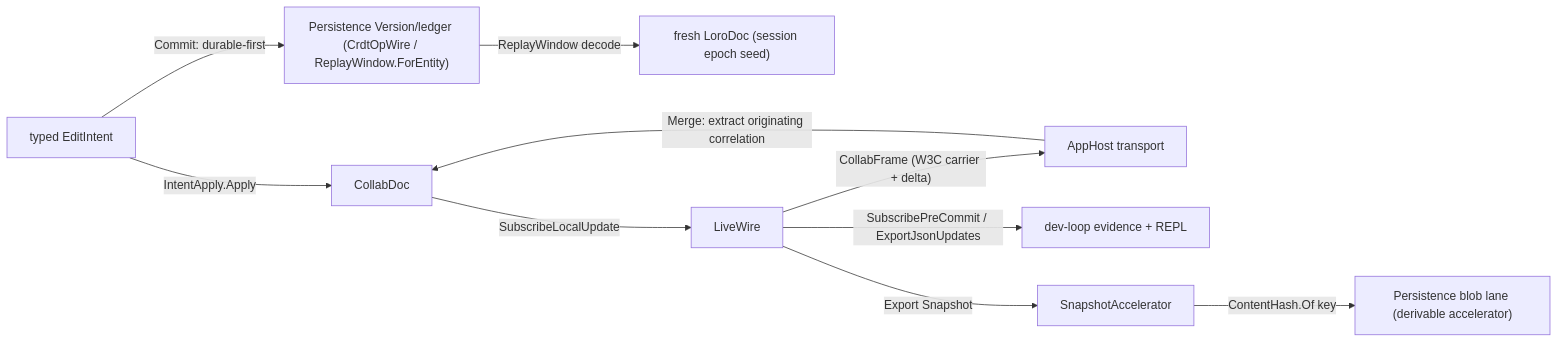
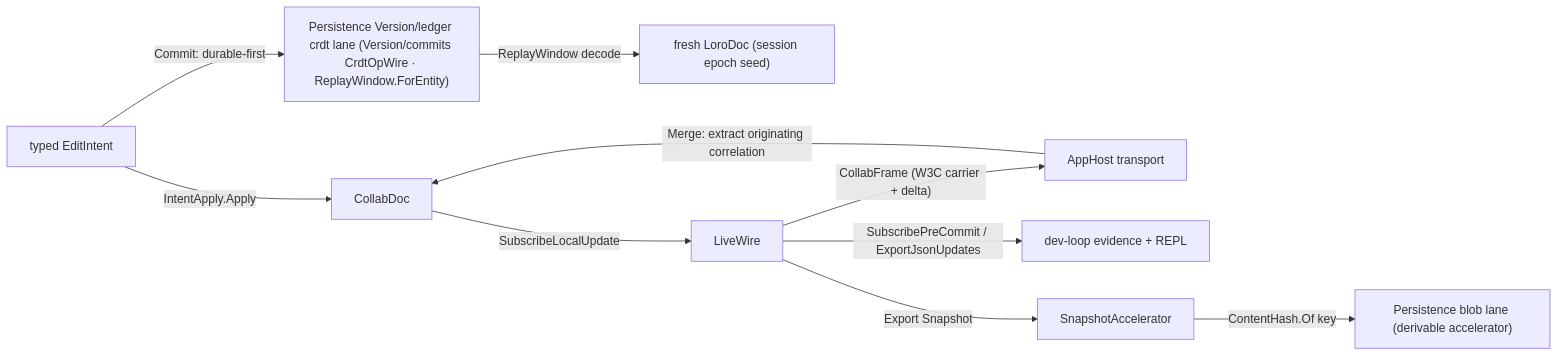
Before and after one commit to bsamiee/Rasm: the first of 2 diagrams in libs/csharp/Rasm.AppUi/.planning/Collab/sync.md, drawn with Mermaid. The commit also changed other lines of this file and 293 other files, not shown here.

````diff
--- a/libs/csharp/Rasm.AppUi/.planning/Collab/sync.md
+++ b/libs/csharp/Rasm.AppUi/.planning/Collab/sync.md
@@ -561,12 +571,12 @@
 ```mermaid
 flowchart LR
-    Edit[typed EditIntent] -->|Commit: durable-first| Ledger["Persistence Version/ledger (CrdtOpWire / ReplayWindow.ForEntity)"]
+    Edit[typed EditIntent] -->|Commit: durable-first| Ledger["Persistence Version/ledger crdt lane (Version/commits CrdtOpWire · ReplayWindow.ForEntity)"]
     Edit -->|IntentApply.Apply| CollabDoc
     Ledger -->|ReplayWindow decode| Fresh["fresh LoroDoc (session epoch seed)"]
     CollabDoc -->|SubscribeLocalUpdate| LiveWire
     LiveWire -->|"CollabFrame (W3C carrier + delta)"| Transport["AppHost transport"]
     Transport -->|"Merge: extract originating correlation"| CollabDoc
     LiveWire -->|SubscribePreCommit / ExportJsonUpdates| Forensics["dev-loop evidence + REPL"]
     LiveWire -->|Export Snapshot| SnapshotAccelerator
     SnapshotAccelerator -->|ContentHash.Of key| Blob["Persistence blob lane (derivable accelerator)"]
 ```
````
